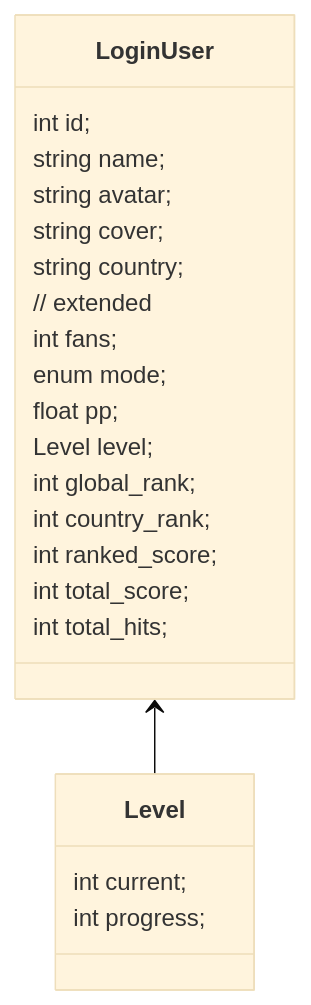
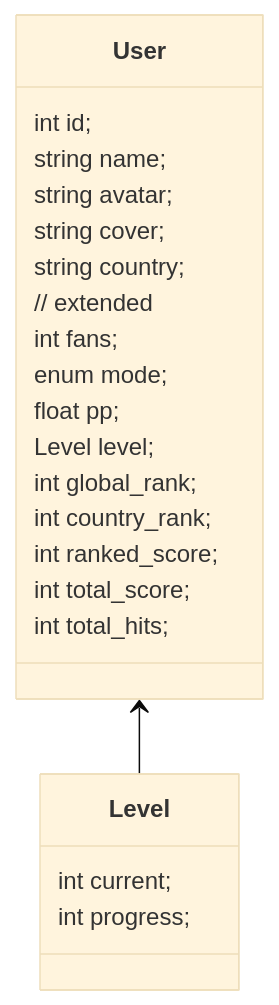
The diagram in docs/docs/02-api/osu/01-user-info.md (HollisMeynell/osu-framework), drawn with Mermaid (base theme) before and after one commit. The commit also changed 4 other files, not shown here.

````diff
--- a/docs/docs/02-api/osu/01-user-info.md
+++ b/docs/docs/02-api/osu/01-user-info.md
@@ -46,25 +46,25 @@
 ```mermaid
 classDiagram
-LoginUser <-- Level
-class LoginUser {
+User <-- Level
+class User {
     int id;
     string name;
     string avatar;
     string cover;
     string country;
     // extended 
     int fans;
     enum mode;
     float pp;
     Level level;
     int global_rank;
     int country_rank;
     int ranked_score;
     int total_score;
     int total_hits;
 }
 class Level {
     int current;
     int progress;
 }
 ```
````
